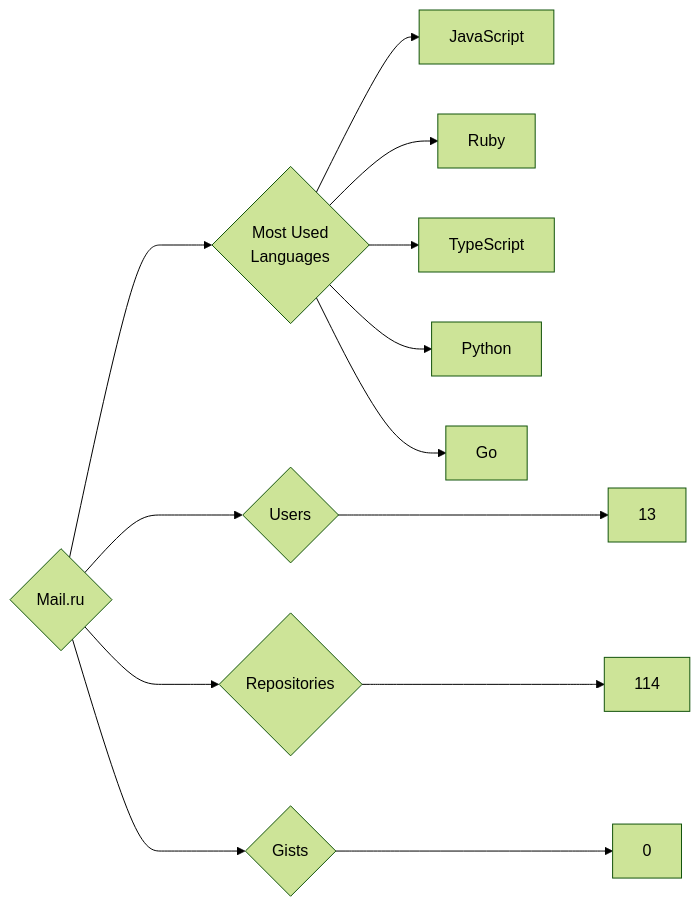
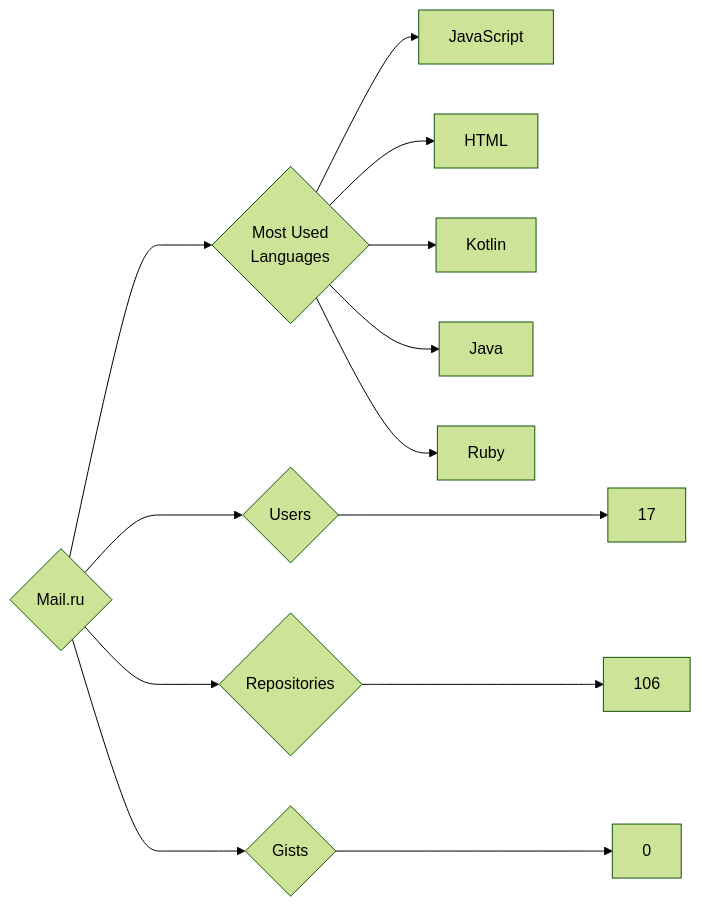
One commit to trickest/insiders changed the diagram in targets/Mail.ru/README.md. Above: the diagram before and after it, drawn with Mermaid (forest theme). The commit also changed 925 other files, not shown here.

````diff
--- a/targets/Mail.ru/README.md
+++ b/targets/Mail.ru/README.md
@@ -3,13 +3,13 @@
 ```mermaid
 graph LR
 COMPANY_NAME{Mail.ru}
-COMPANY_NAME ---> U{Users} ---> UN[13]
-COMPANY_NAME ---> R{Repositories} ---> RN[114]
+COMPANY_NAME ---> U{Users} ---> UN[17]
+COMPANY_NAME ---> R{Repositories} ---> RN[106]
 COMPANY_NAME ---> G{Gists} ---> GN[0]
 COMPANY_NAME ---> ML{Most Used<br>Languages}
 ML --> JavaScript[JavaScript]
+ML --> HTML[HTML]
+ML --> Kotlin[Kotlin]
+ML --> Java[Java]
 ML --> Ruby[Ruby]
-ML --> TypeScript[TypeScript]
-ML --> Python[Python]
-ML --> Go[Go]
 ```
````
